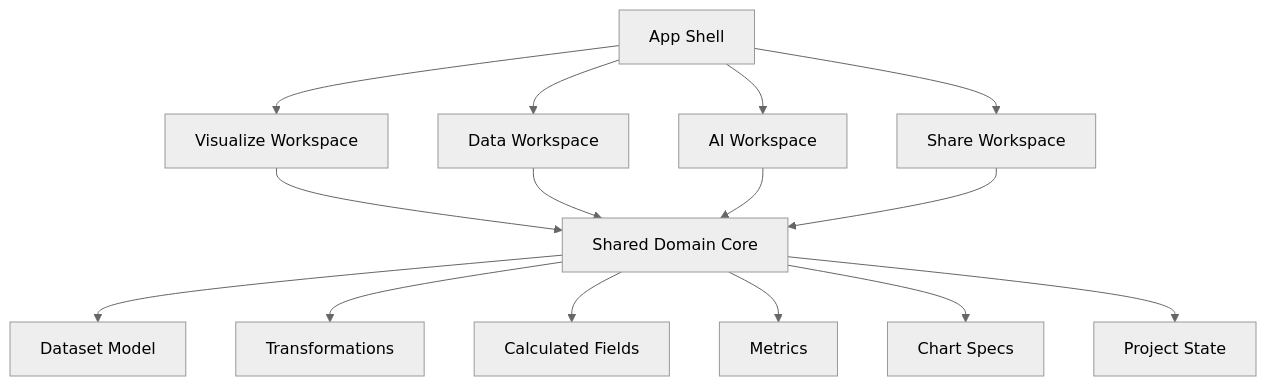
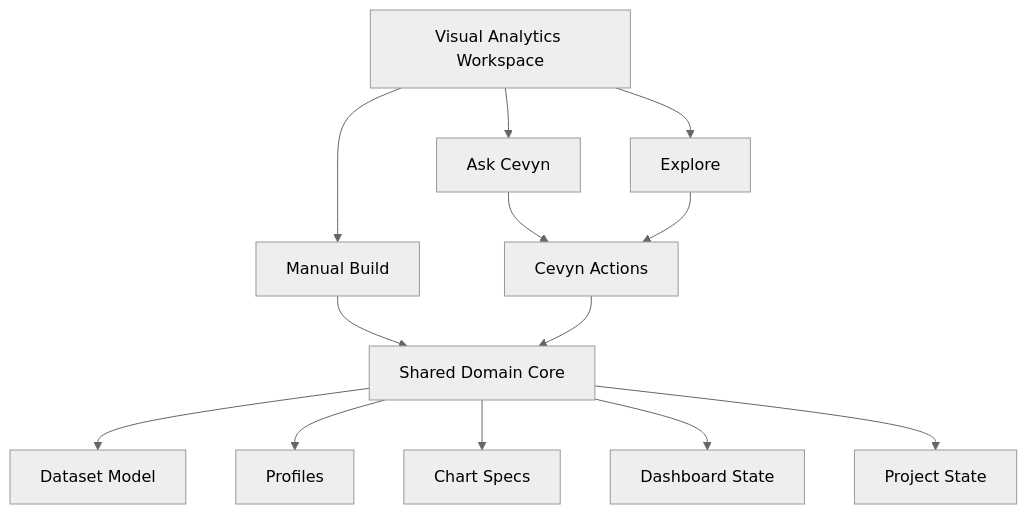
One commit to gabrieljonathanabebe/AXIS changed the first of 8 diagrams in docs/ARCHITECTURE.md. Above: the diagram before and after it, drawn with Mermaid (neutral theme). The commit also changed other lines of this file and 2 other files, not shown here.

Commit message:
docs: focus Cevyn on visual analytics

````diff
--- a/docs/ARCHITECTURE.md
+++ b/docs/ARCHITECTURE.md
@@ -21,21 +22,19 @@
 ```mermaid
 flowchart TB
-    Shell[App Shell]
+    Shell[Visual Analytics Workspace]
 
-    Shell --> Visualize[Visualize Workspace]
-    Shell --> Data[Data Workspace]
-    Shell --> AI[AI Workspace]
-    Shell --> Share[Share Workspace]
+    Shell --> Manual[Manual Build]
+    Shell --> Ask[Ask Cevyn]
+    Shell --> Explore[Explore]
 
-    Visualize --> Core[Shared Domain Core]
-    Data --> Core
-    AI --> Core
-    Share --> Core
+    Manual --> Core[Shared Domain Core]
+    Ask --> Actions[Cevyn Actions]
+    Explore --> Actions
+    Actions --> Core
 
     Core --> Dataset[Dataset Model]
-    Core --> Transform[Transformations]
-    Core --> Calculated[Calculated Fields]
-    Core --> Metrics[Metrics]
+    Core --> Profile[Profiles]
     Core --> Charts[Chart Specs]
+    Core --> Dashboard[Dashboard State]
     Core --> Project[Project State]
 ```
````
